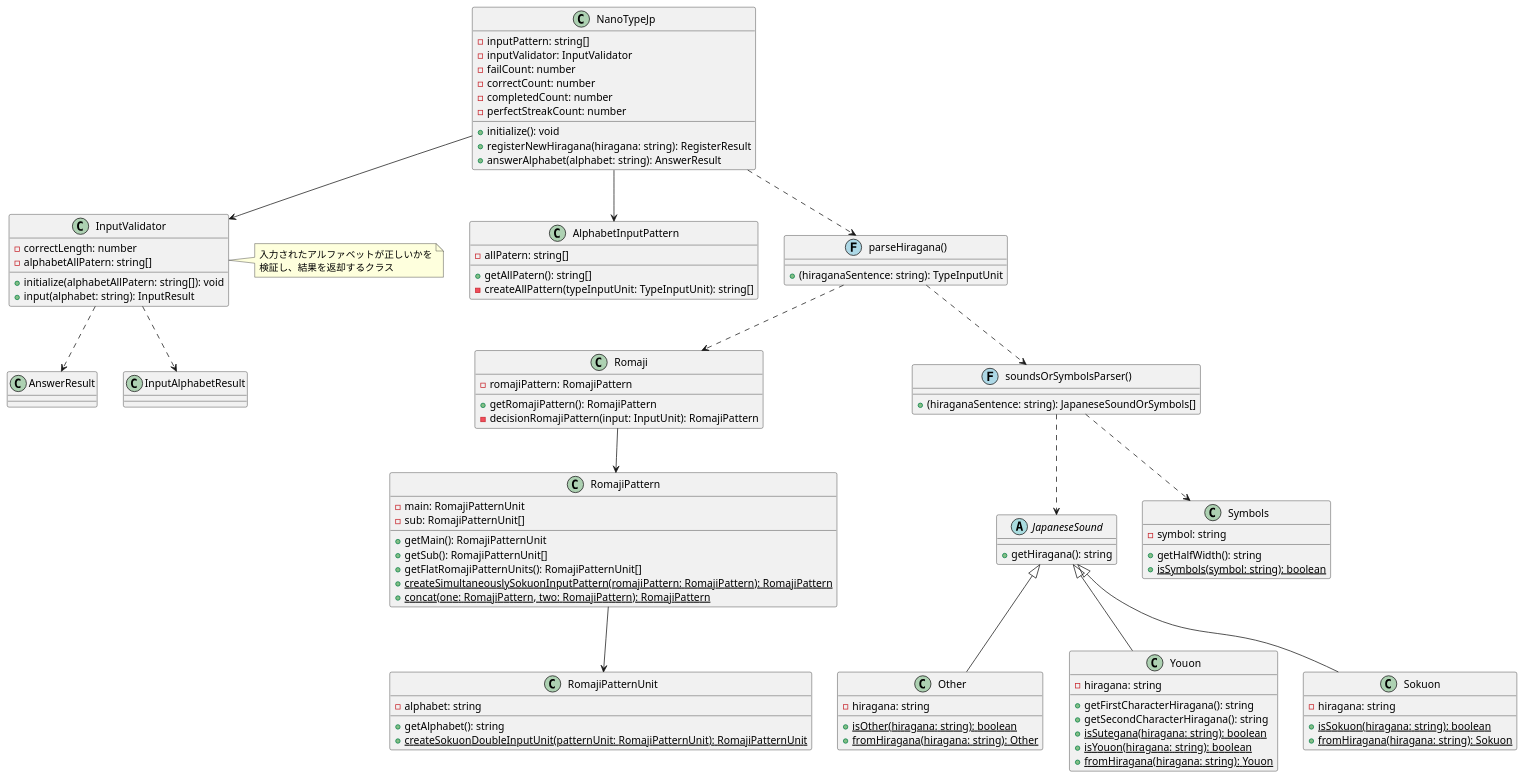
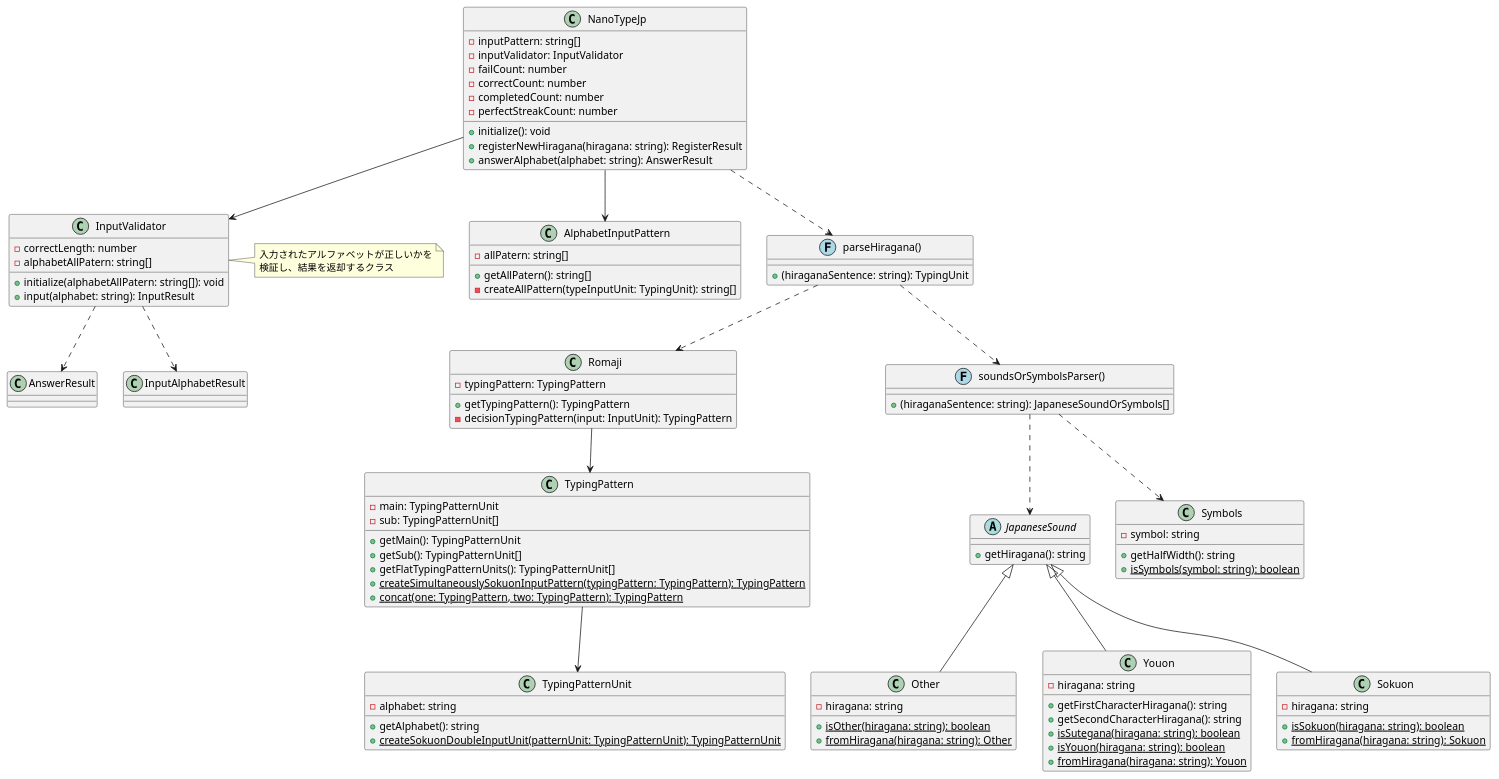
The diagram in docs/class.pu (shsk000/NanoType-JP), drawn with PlantUML before and after one commit. The commit also changed 16 other files, not shown here.

```diff
--- a/docs/class.pu
+++ b/docs/class.pu
@@ -1,122 +1,122 @@
 @startuml
 ' メインクラス
 class NanoTypeJp {
   - inputPattern: string[]
   - inputValidator: InputValidator
   - failCount: number
   - correctCount: number
   - completedCount: number
   - perfectStreakCount: number
   + initialize(): void
   + registerNewHiragana(hiragana: string): RegisterResult
   + answerAlphabet(alphabet: string): AnswerResult
 }
 
 ' 入力検証クラス
 class InputValidator {
   - correctLength: number
   - alphabetAllPatern: string[]
   + initialize(alphabetAllPatern: string[]): void
   + input(alphabet: string): InputResult
 }
 
 ' 入力パターン生成クラス
 class AlphabetInputPattern {
   - allPatern: string[]
   + getAllPatern(): string[]
-  - createAllPattern(typeInputUnit: TypeInputUnit): string[]
+  - createAllPattern(typeInputUnit: TypingUnit): string[]
 }
 
 ' 日本語音声の基底クラス
 abstract class JapaneseSound {
   + getHiragana(): string
 }
 
 ' その他の音声クラス
 class Other {
   - hiragana: string
   + {static} isOther(hiragana: string): boolean
   + {static} fromHiragana(hiragana: string): Other
 }
 
 ' 拗音クラス
 class Youon {
   - hiragana: string
   + getFirstCharacterHiragana(): string
   + getSecondCharacterHiragana(): string
   + {static} isSutegana(hiragana: string): boolean
   + {static} isYouon(hiragana: string): boolean
   + {static} fromHiragana(hiragana: string): Youon
 }
 
 ' 促音クラス
 class Sokuon {
   - hiragana: string
   + {static} isSokuon(hiragana: string): boolean
   + {static} fromHiragana(hiragana: string): Sokuon
 }
 
 ' 記号クラス
 class Symbols {
   - symbol: string
   + getHalfWidth(): string
   + {static} isSymbols(symbol: string): boolean
 }
 
 ' ローマ字変換クラス
 class Romaji {
-  - romajiPattern: RomajiPattern
-  + getRomajiPattern(): RomajiPattern
-  - decisionRomajiPattern(input: InputUnit): RomajiPattern
+  - typingPattern: TypingPattern
+  + getTypingPattern(): TypingPattern
+  - decisionTypingPattern(input: InputUnit): TypingPattern
 }
 
 ' ローマ字パターンクラス
-class RomajiPattern {
-  - main: RomajiPatternUnit
-  - sub: RomajiPatternUnit[]
-  + getMain(): RomajiPatternUnit
-  + getSub(): RomajiPatternUnit[]
-  + getFlatRomajiPatternUnits(): RomajiPatternUnit[]
-  + {static} createSimultaneouslySokuonInputPattern(romajiPattern: RomajiPattern): RomajiPattern
-  + {static} concat(one: RomajiPattern, two: RomajiPattern): RomajiPattern
+class TypingPattern {
+  - main: TypingPatternUnit
+  - sub: TypingPatternUnit[]
+  + getMain(): TypingPatternUnit
+  + getSub(): TypingPatternUnit[]
+  + getFlatTypingPatternUnits(): TypingPatternUnit[]
+  + {static} createSimultaneouslySokuonInputPattern(typingPattern: TypingPattern): TypingPattern
+  + {static} concat(one: TypingPattern, two: TypingPattern): TypingPattern
 }
 
 ' ローマ字パターンユニットクラス
-class RomajiPatternUnit {
+class TypingPatternUnit {
   - alphabet: string
   + getAlphabet(): string
-  + {static} createSokuonDoubleInputUnit(patternUnit: RomajiPatternUnit): RomajiPatternUnit
+  + {static} createSokuonDoubleInputUnit(patternUnit: TypingPatternUnit): TypingPatternUnit
 }
 
 ' パーサー関数
 class "parseHiragana()" << (F,lightblue) >> {
-  + (hiraganaSentence: string): TypeInputUnit
+  + (hiraganaSentence: string): TypingUnit
 }
 
 class "soundsOrSymbolsParser()" << (F,lightblue) >> {
   + (hiraganaSentence: string): JapaneseSoundOrSymbols[]
 }
 
 ' 関連性の定義
 NanoTypeJp --> InputValidator
 NanoTypeJp --> AlphabetInputPattern
 NanoTypeJp ..> "parseHiragana()"
 "parseHiragana()" ..> "soundsOrSymbolsParser()"
 "parseHiragana()" ..> Romaji
-Romaji --> RomajiPattern
-RomajiPattern --> RomajiPatternUnit
+Romaji --> TypingPattern
+TypingPattern --> TypingPatternUnit
 JapaneseSound <|-- Other
 JapaneseSound <|-- Youon
 JapaneseSound <|-- Sokuon
 "soundsOrSymbolsParser()" ..> JapaneseSound
 "soundsOrSymbolsParser()" ..> Symbols
 
 ' InputValidatorの関連
 InputValidator ..> "AnswerResult"
 InputValidator ..> "InputAlphabetResult"
 
 note right of InputValidator
   入力されたアルファベットが正しいかを
   検証し、結果を返却するクラス
 end note
 @enduml
```
